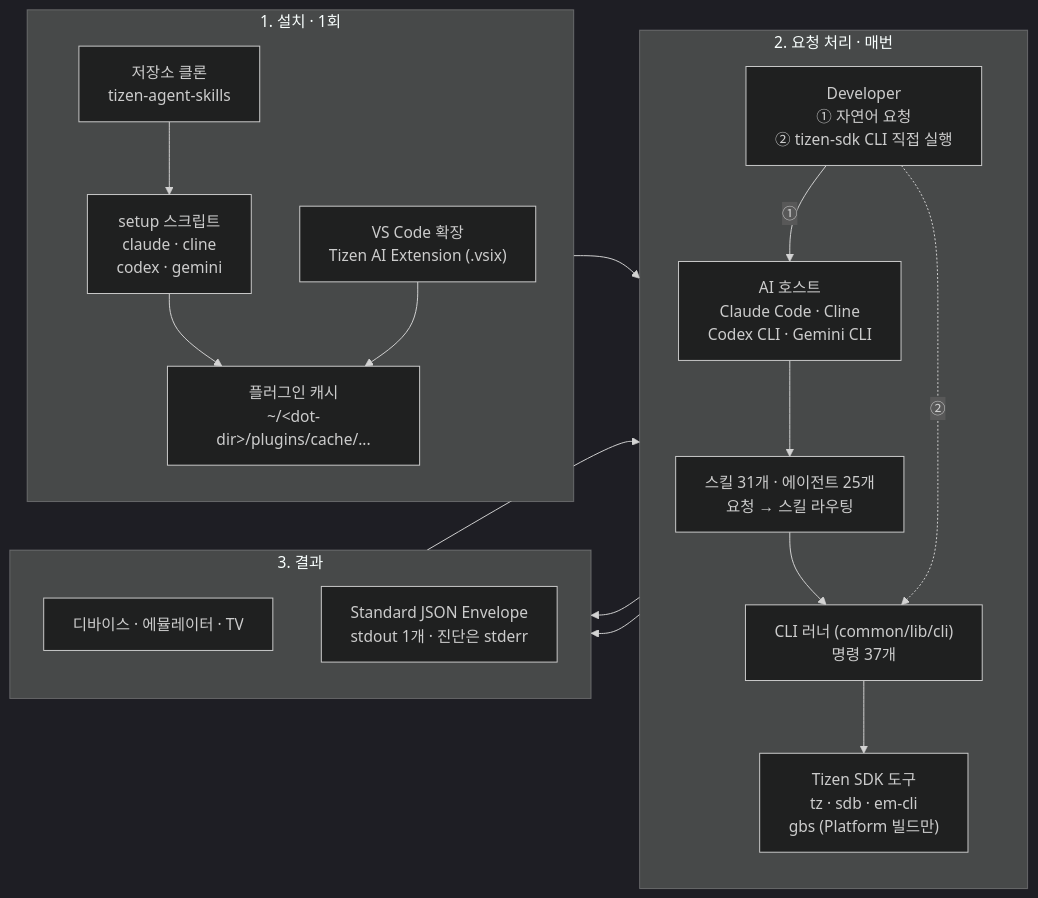
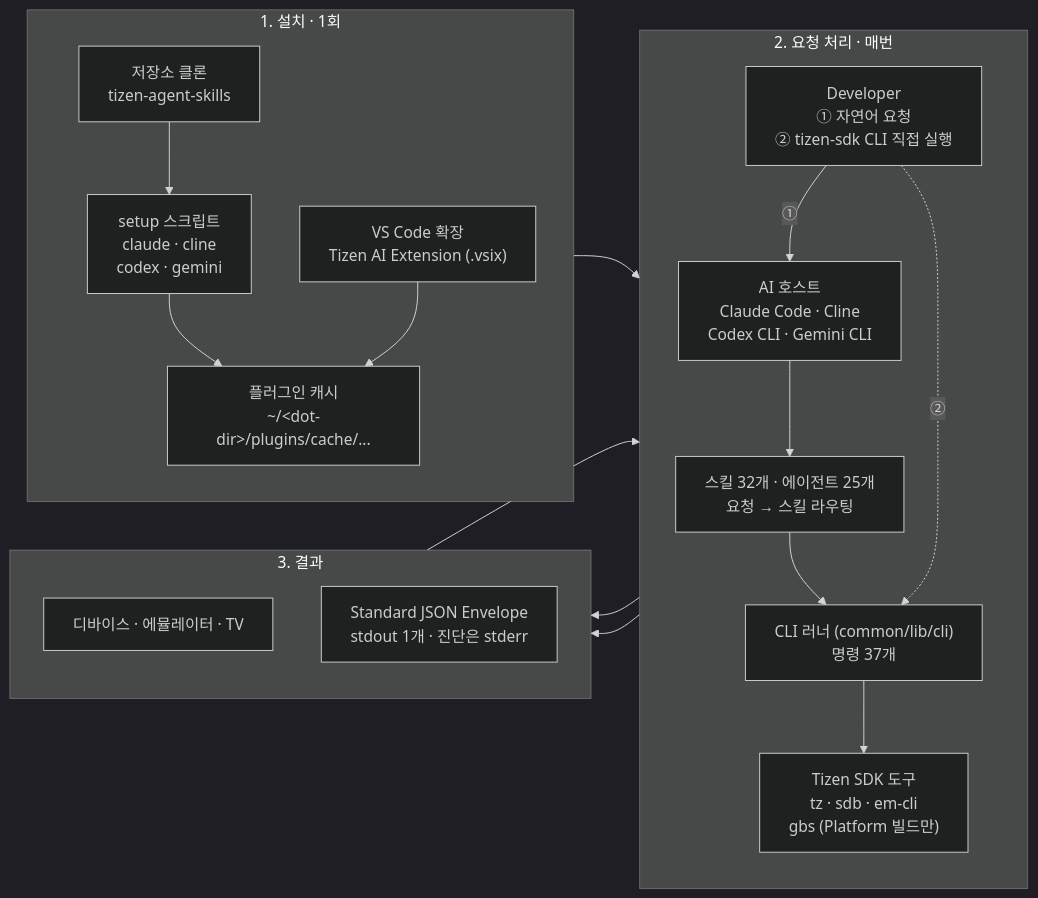
The first of 2 diagrams in tizen-sdk-skills/quick-guide.ko.md (Samsung/tizen-agent-skills), drawn with Mermaid (dark theme) before and after one commit. The commit also changed 20 other files, not shown here.

````diff
--- a/tizen-sdk-skills/quick-guide.ko.md
+++ b/tizen-sdk-skills/quick-guide.ko.md
@@ -11,33 +11,33 @@
 ```mermaid
 flowchart LR
     subgraph S1["1. 설치 · 1회"]
         direction TB
         Clone["저장소 클론<br/>tizen-agent-skills"] --> Setup["setup 스크립트<br/>claude · cline<br/>codex · gemini"]
         VSIX["VS Code 확장<br/>Tizen AI Extension (.vsix)"]
         Setup --> Cache["플러그인 캐시<br/>~/&lt;dot-dir&gt;/plugins/cache/..."]
         VSIX --> Cache
     end
 
     subgraph S2["2. 요청 처리 · 매번"]
         direction TB
         Dev["Developer<br/>① 자연어 요청<br/>② tizen-sdk CLI 직접 실행"]
         Host["AI 호스트<br/>Claude Code · Cline<br/>Codex CLI · Gemini CLI"]
-        Skill["스킬 31개 · 에이전트 25개<br/>요청 → 스킬 라우팅"]
+        Skill["스킬 32개 · 에이전트 25개<br/>요청 → 스킬 라우팅"]
         Runner["CLI 러너 (common/lib/cli)<br/>명령 37개"]
         Tools["Tizen SDK 도구<br/>tz · sdb · em-cli<br/>gbs (Platform 빌드만)"]
         Dev -->|①| Host --> Skill --> Runner
         Dev -.->|②| Runner
         Runner --> Tools
     end
 
     subgraph S3["3. 결과"]
         direction TB
         Target["디바이스 · 에뮬레이터 · TV"]
         Env["Standard JSON Envelope<br/>stdout 1개 · 진단은 stderr"]
     end
 
     Cache --> Skill
     Tools --> Target
     Runner --> Env
     Env --> Host
 ```
````
